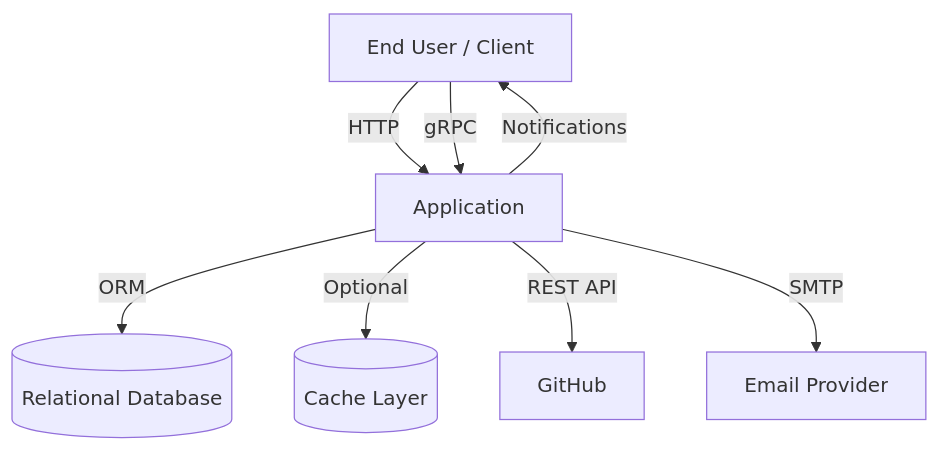
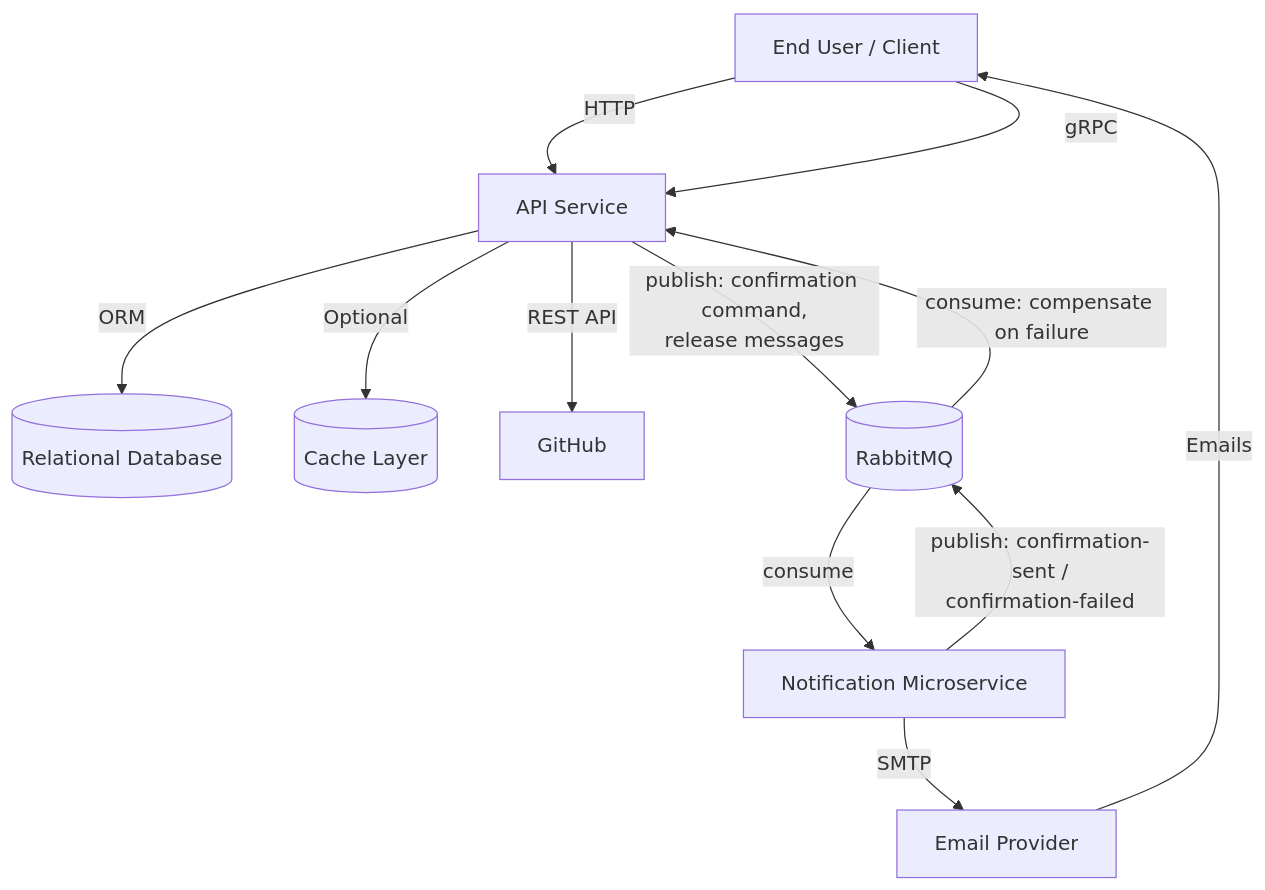
The first of 3 diagrams in docs/system-design.md (GenesisEducationKyiv/software-engineering-school-6-0-RandomIv), drawn with Mermaid before and after one commit. The commit also changed other lines of this file and 5 other files, not shown here.

First line of the commit message:
docs: reconcile architecture docs with two-process reality; enforce config isolation

````diff
--- a/docs/system-design.md
+++ b/docs/system-design.md
@@ -62,12 +67,17 @@
 ```mermaid
 graph TD
-    U[End User / Client] -->|HTTP| APP[Application]
-    U -->|gRPC| APP
+    U[End User / Client] -->|HTTP| API[API Service]
+    U -->|gRPC| API
 
-    APP -->|ORM| DB[(Relational Database)]
-    APP -->|Optional| CACHE[(Cache Layer)]
-    APP -->|REST API| GH[GitHub]
-    APP -->|SMTP| EMAIL[Email Provider]
+    API -->|ORM| DB[(Relational Database)]
+    API -->|Optional| CACHE[(Cache Layer)]
+    API -->|REST API| GH[GitHub]
 
-    APP -->|Notifications| U
+    API -->|"publish: confirmation command,<br/>release messages"| MQ[(RabbitMQ)]
+    MQ -->|consume| NOTIF[Notification Microservice]
+    NOTIF -->|"publish: confirmation-sent /<br/>confirmation-failed"| MQ
+    MQ -->|consume: compensate on failure| API
+
+    NOTIF -->|SMTP| EMAIL[Email Provider]
+    EMAIL -->|Emails| U
 ```
````
